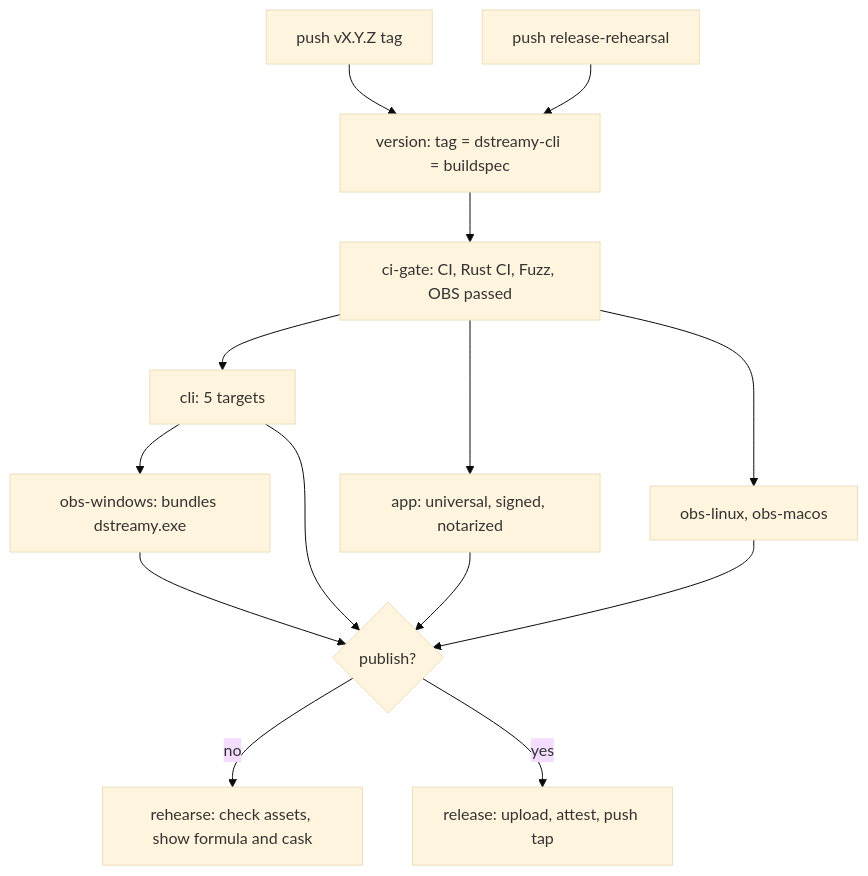
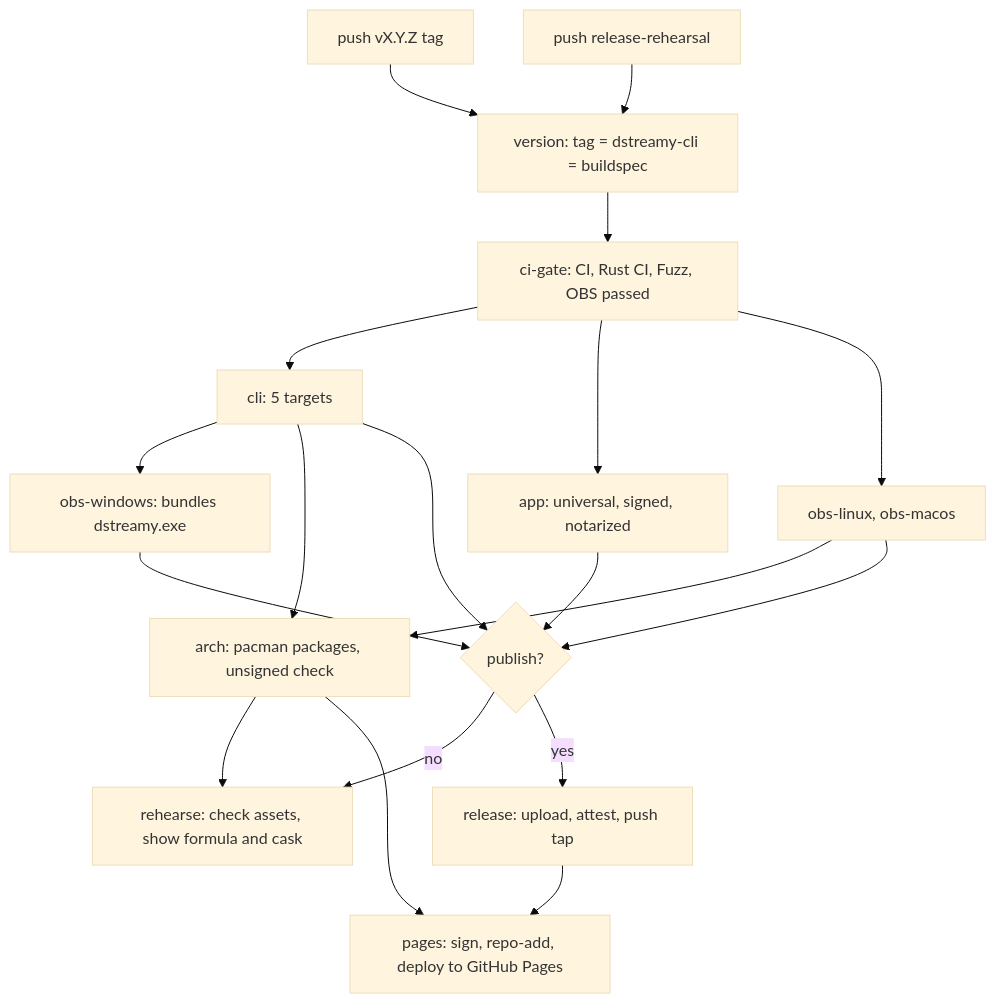
Before and after one commit to lkshrk/d-streamy: the diagram in docs/components/build-test-release.md, drawn with Mermaid (base theme). The commit also changed other lines of this file and 3 other files, not shown here.

````diff
--- a/docs/components/build-test-release.md
+++ b/docs/components/build-test-release.md
@@ -289,16 +289,21 @@
 ```mermaid
 flowchart TD
   tag["push vX.Y.Z tag"] --> version["version: tag = dstreamy-cli = buildspec"]
   reh["push release-rehearsal"] --> version
   version --> gate["ci-gate: CI, Rust CI, Fuzz, OBS passed"]
   gate --> cli["cli: 5 targets"]
   gate --> app["app: universal, signed, notarized"]
   gate --> obsux["obs-linux, obs-macos"]
   cli --> obswin["obs-windows: bundles dstreamy.exe"]
+  cli --> arch["arch: pacman packages, unsigned check"]
+  obsux --> arch
   cli --> pub{"publish?"}
   app --> pub
   obsux --> pub
   obswin --> pub
+  arch --> rehearse
   pub -->|no| rehearse["rehearse: check assets, show formula and cask"]
   pub -->|yes| release["release: upload, attest, push tap"]
+  release --> pages["pages: sign, repo-add, deploy to GitHub Pages"]
+  arch --> pages
 ```
````
